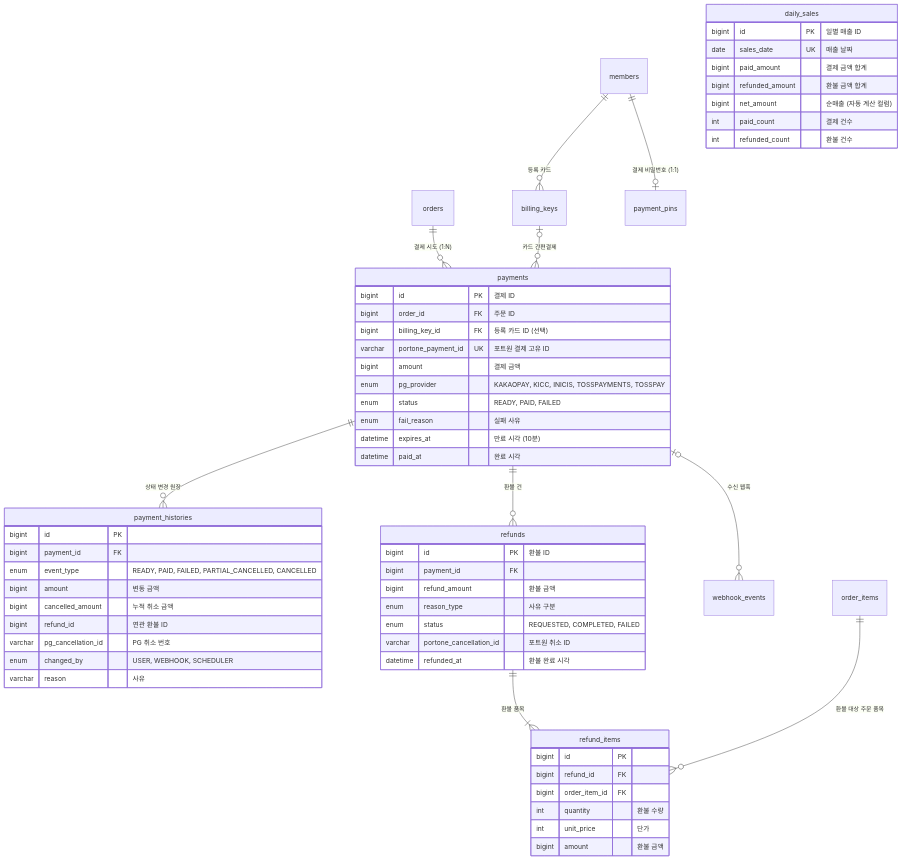
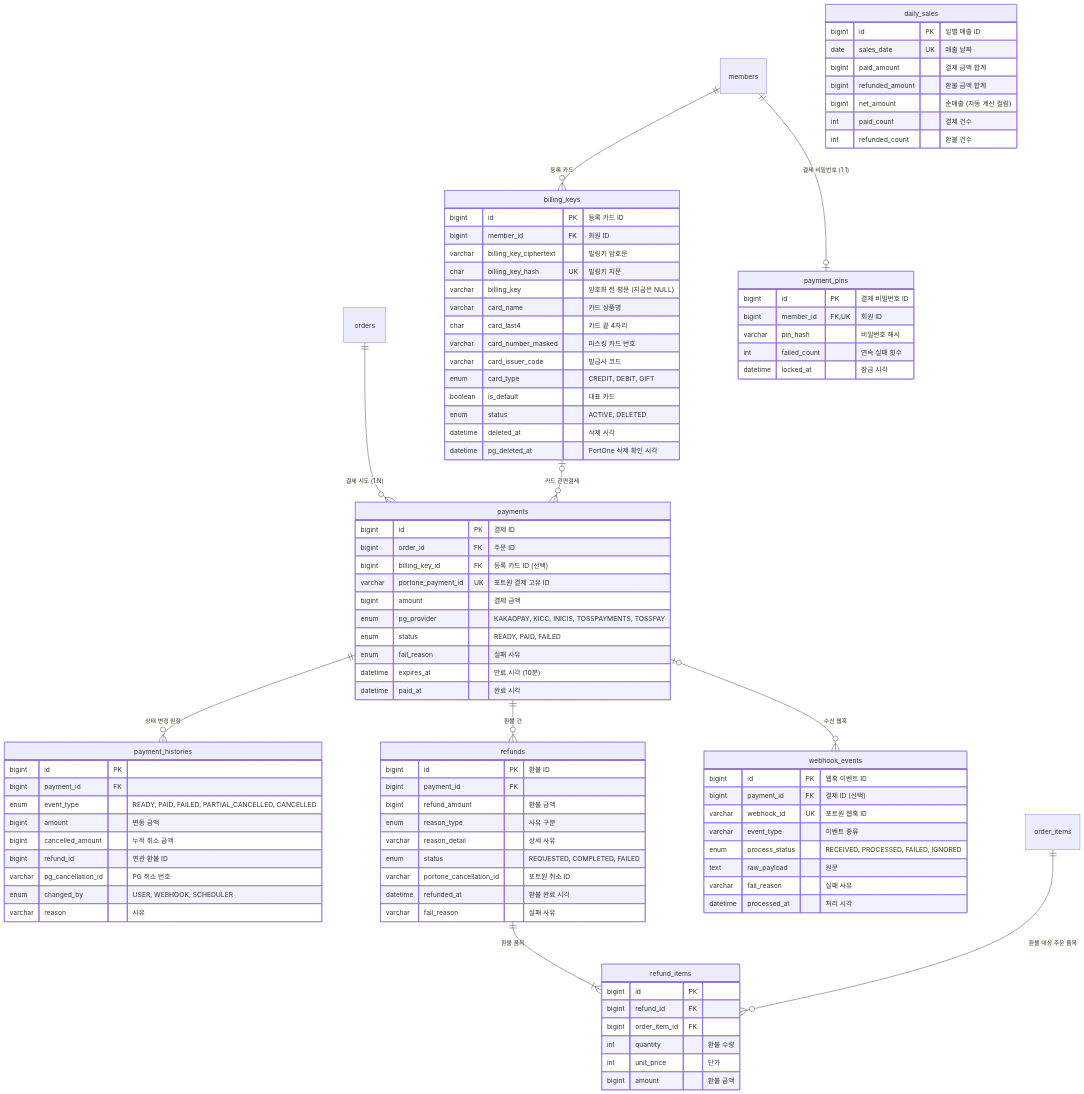
One commit to sparta-final-4/take-care-of-my-fridge changed the seventh of 11 diagrams in docs/database/erd.md. Above: the diagram before and after it, drawn with Mermaid. The commit also changed other lines of this file and 53 other files, not shown here.

```diff
--- a/docs/database/erd.md
+++ b/docs/database/erd.md
@@ -338,6 +364,42 @@
         datetime paid_at "완료 시각"
     }
 
+    billing_keys {
+        bigint id PK "등록 카드 ID"
+        bigint member_id FK "회원 ID"
+        varchar billing_key_ciphertext "빌링키 암호문"
+        char billing_key_hash UK "빌링키 지문"
+        varchar billing_key "암호화 전 평문 (지금은 NULL)"
+        varchar card_name "카드 상품명"
+        char card_last4 "카드 끝 4자리"
+        varchar card_number_masked "마스킹 카드 번호"
+        varchar card_issuer_code "발급사 코드"
+        enum card_type "CREDIT, DEBIT, GIFT"
+        boolean is_default "대표 카드"
+        enum status "ACTIVE, DELETED"
+        datetime deleted_at "삭제 시각"
+        datetime pg_deleted_at "PortOne 삭제 확인 시각"
+    }
+
+    payment_pins {
+        bigint id PK "결제 비밀번호 ID"
+        bigint member_id FK, UK "회원 ID"
+        varchar pin_hash "비밀번호 해시"
+        int failed_count "연속 실패 횟수"
+        datetime locked_at "잠금 시각"
+    }
+
+    webhook_events {
+        bigint id PK "웹훅 이벤트 ID"
+        bigint payment_id FK "결제 ID (선택)"
+        varchar webhook_id UK "포트원 웹훅 ID"
+        varchar event_type "이벤트 종류"
+        enum process_status "RECEIVED, PROCESSED, FAILED, IGNORED"
+        text raw_payload "원문"
+        varchar fail_reason "실패 사유"
+        datetime processed_at "처리 시각"
+    }
+
     payment_histories {
         bigint id PK
         bigint payment_id FK
@@ -355,9 +417,11 @@
         bigint payment_id FK
         bigint refund_amount "환불 금액"
         enum reason_type "사유 구분"
+        varchar reason_detail "상세 사유"
         enum status "REQUESTED, COMPLETED, FAILED"
         varchar portone_cancellation_id "포트원 취소 ID"
         datetime refunded_at "환불 완료 시각"
+        varchar fail_reason "실패 사유"
     }
 
     refund_items {
```
